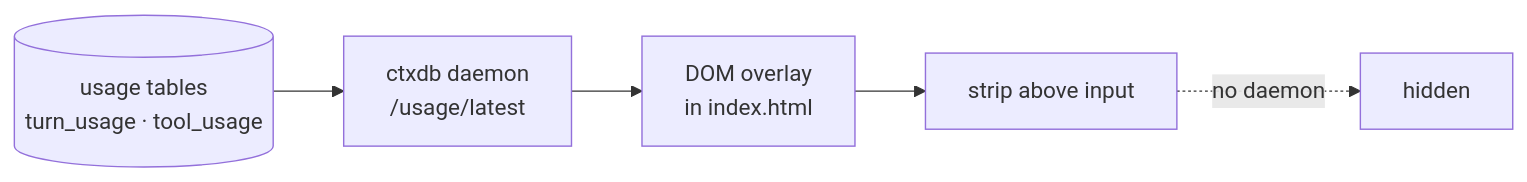
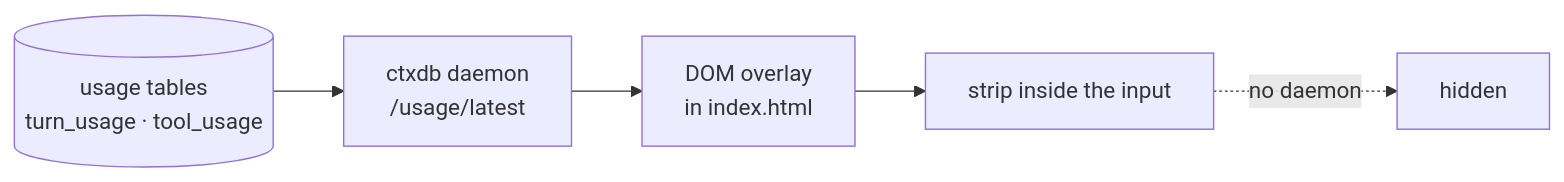
One commit to rukazax/z-code changed the diagram in docs/en/zcode-counters.md. Above: the diagram before and after it, drawn with Mermaid. The commit also changed other lines of this file and 6 other files, not shown here.

````diff
--- a/docs/en/zcode-counters.md
+++ b/docs/en/zcode-counters.md
@@ -20,7 +20,7 @@
 ```mermaid
 flowchart LR
     D[(usage tables<br/>turn_usage · tool_usage)] --> C[ctxdb daemon<br/>/usage/latest]
     C --> S[DOM overlay<br/>in index.html]
-    S --> U[strip above input]
+    S --> U[strip inside the input]
     U -. no daemon .-> X[hidden]
 ```
````
